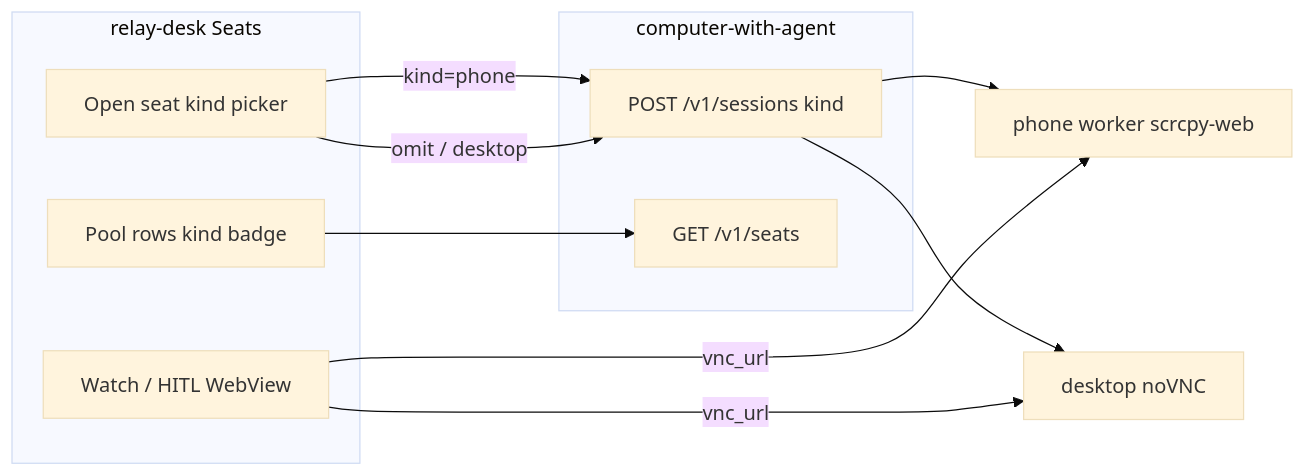
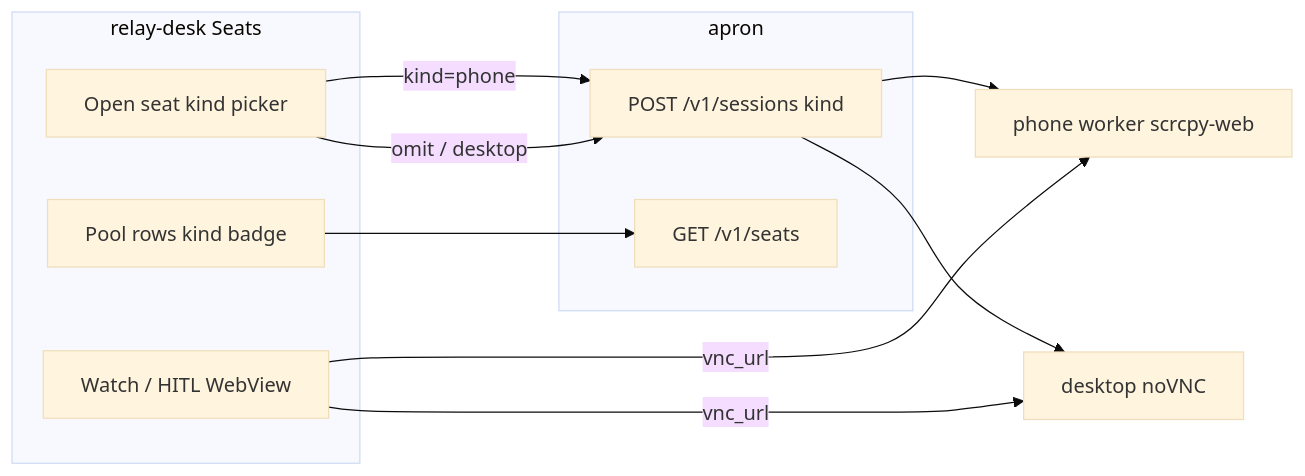
The diagram in .cursor/plans/desk_phone_seats.plan.md (Rouche01/relay-os), drawn with Mermaid (base theme) before and after one commit. The commit also changed other lines of this file and 42 other files, not shown here.

````diff
--- a/.cursor/plans/desk_phone_seats.plan.md
+++ b/.cursor/plans/desk_phone_seats.plan.md
@@ -50,21 +50,21 @@
 ```mermaid
 flowchart LR
   subgraph desk [relay-desk Seats]
     Pick[Open seat kind picker]
     Pool[Pool rows kind badge]
     Watch[Watch / HITL WebView]
   end
-  subgraph gw [computer-with-agent]
+  subgraph gw [apron]
     Sessions["POST /v1/sessions kind"]
     Seats["GET /v1/seats"]
   end
   DeskPhone[phone worker scrcpy-web]
   DeskDesk[desktop noVNC]
   Pick -->|kind=phone| Sessions
   Pick -->|omit / desktop| Sessions
   Pool --> Seats
   Sessions --> DeskPhone
   Sessions --> DeskDesk
   Watch -->|vnc_url| DeskPhone
   Watch -->|vnc_url| DeskDesk
 ```
````
